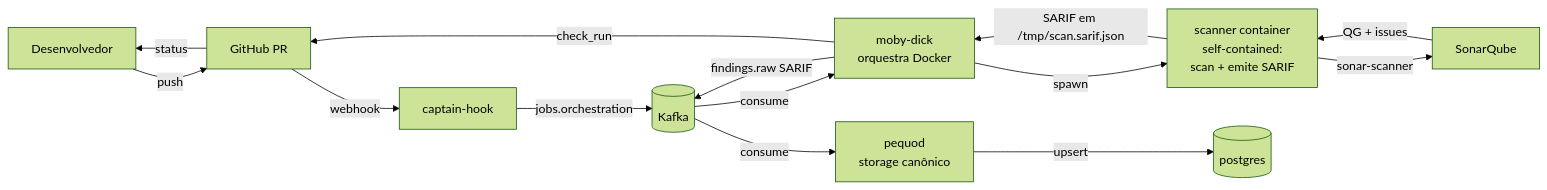
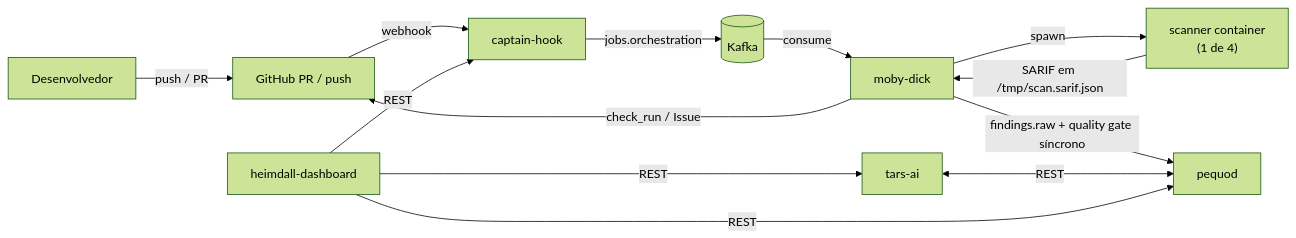
The diagram in docs/index.md (OdinEye-FIAP/aspm-docs), drawn with Mermaid (forest theme) before and after one commit. The commit also changed other lines of this file and 5 other files, not shown here.

Commit message:
docs: atualizar documentação para refletir estado real do ecossistema (multi-scanner, quality gate, governança de risco, tars-ai, heimdall-dashboard)

````diff
--- a/docs/index.md
+++ b/docs/index.md
@@ -16,26 +17,25 @@
 ```mermaid
 flowchart LR
     Dev[Desenvolvedor]
-    GH[GitHub PR]
+    GH[GitHub PR / push]
     CH[captain-hook]
     K[(Kafka)]
-    MD[moby-dick<br/>orquestra Docker]
-    SR[scanner container<br/>self-contained:<br/>scan + emite SARIF]
-    SQ[SonarQube]
-    PQ[pequod<br/>storage canônico]
-    PG[(postgres)]
+    MD[moby-dick]
+    SR["scanner container<br/>(1 de 4)"]
+    PQ[pequod]
+    TA[tars-ai]
+    HD[heimdall-dashboard]
 
-    Dev -->|push| GH
+    Dev -->|push / PR| GH
     GH -->|webhook| CH
     CH -->|jobs.orchestration| K
     K -->|consume| MD
     MD -->|spawn| SR
-    SR -->|sonar-scanner| SQ
-    SQ -->|QG + issues| SR
     SR -->|SARIF em /tmp/scan.sarif.json| MD
-    MD -->|findings.raw SARIF| K
-    K -->|consume| PQ
-    PQ -->|upsert| PG
-    MD -->|check_run| GH
-    GH -->|status| Dev
+    MD -->|findings.raw + quality gate síncrono| PQ
+    MD -->|check_run / Issue| GH
+    TA <-->|REST| PQ
+    HD -->|REST| PQ
+    HD -->|REST| TA
+    HD -->|REST| CH
 ```
````
